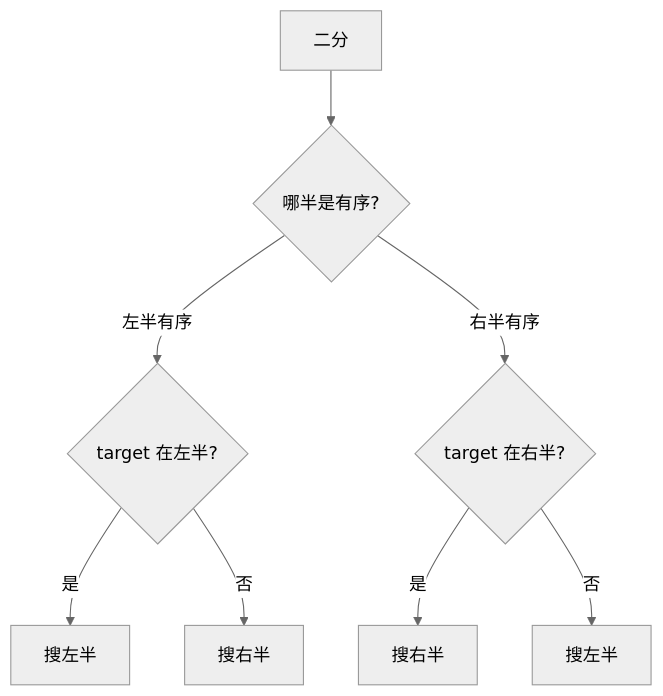
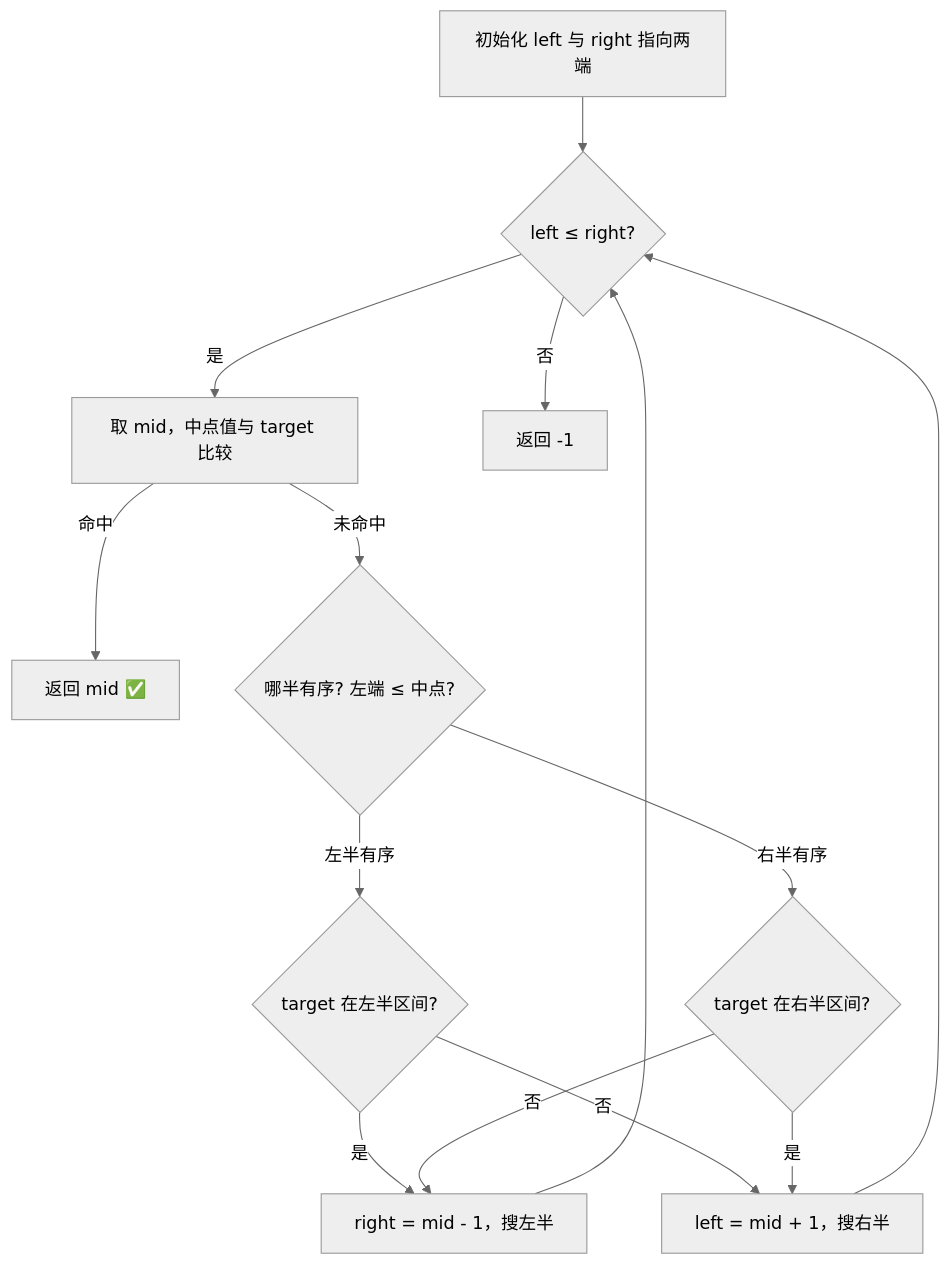
Before and after one commit to OctalZero/hot100-py: the first of 2 diagrams in 12-二分查找/0033-搜索旋转排序数组.md, drawn with Mermaid (neutral theme). The commit also changed other lines of this file and 117 other files, not shown here.

First line of the commit message:
feat: 全题解配图升级为「动画式 mermaid」（总览骨架 + 横向时间线逐步推演）

````diff
--- a/12-二分查找/0033-搜索旋转排序数组.md
+++ b/12-二分查找/0033-搜索旋转排序数组.md
@@ -23,10 +23,16 @@
 ```mermaid
 flowchart TD
-    A["二分"] --> B{"哪半是有序?"}
-    B -- "左半有序" --> C{"target 在左半?"}
-    B -- "右半有序" --> D{"target 在右半?"}
-    C -- "是" --> E["搜左半"]
-    C -- "否" --> F["搜右半"]
-    D -- "是" --> G["搜右半"]
-    D -- "否" --> H["搜左半"]
+    A["初始化 left 与 right 指向两端"] --> B{"left ≤ right?"}
+    B -->|"是"| C["取 mid，中点值与 target 比较"]
+    C -->|"命中"| R["返回 mid ✅"]
+    C -->|"未命中"| D{"哪半有序? 左端 ≤ 中点?"}
+    D -->|"左半有序"| E{"target 在左半区间?"}
+    D -->|"右半有序"| F{"target 在右半区间?"}
+    E -->|"是"| G["right = mid - 1，搜左半"]
+    E -->|"否"| H["left = mid + 1，搜右半"]
+    F -->|"是"| H
+    F -->|"否"| G
+    G --> B
+    H --> B
+    B -->|"否"| S["返回 -1"]
 ```
````
